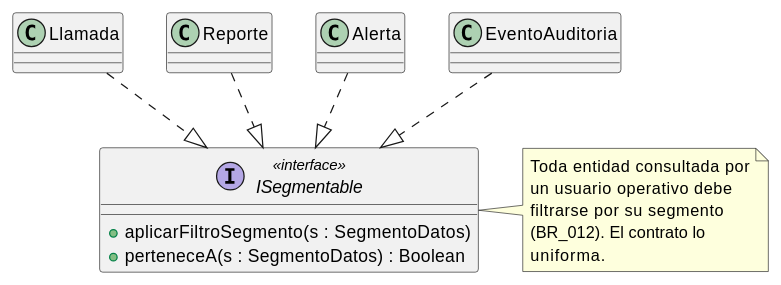
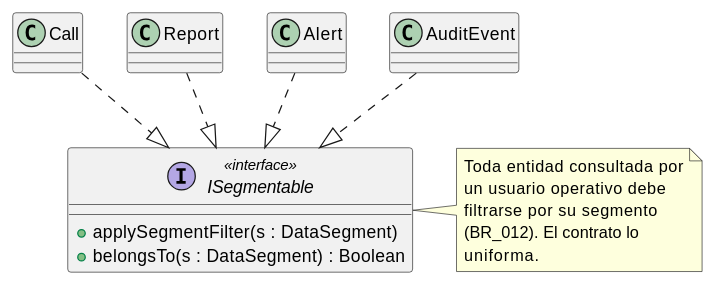
The diagram in source/requisitos/_metodologia-aplicacion/agregacion-interfaces/isegmentable-filtrado-por-segmento-br-012.rst (jcg-admin/IACT-docs), drawn with PlantUML before and after one commit. The commit also changed 9 other files, not shown here.

```diff
--- a/source/requisitos/_metodologia-aplicacion/agregacion-interfaces/isegmentable-filtrado-por-segmento-br-012.rst
+++ b/source/requisitos/_metodologia-aplicacion/agregacion-interfaces/isegmentable-filtrado-por-segmento-br-012.rst
@@ -4,28 +4,28 @@
 .. uml::
 
    @startuml
    allowmixing
 
    interface ISegmentable <<interface>> {
-     + aplicarFiltroSegmento(s : SegmentoDatos)
-     + perteneceA(s : SegmentoDatos) : Boolean
+     + applySegmentFilter(s : DataSegment)
+     + belongsTo(s : DataSegment) : Boolean
    }
 
-   class Llamada
-   class Reporte
-   class Alerta
-   class EventoAuditoria
+   class Call
+   class Report
+   class Alert
+   class AuditEvent
 
-   Llamada ..|> ISegmentable
-   Reporte ..|> ISegmentable
-   Alerta ..|> ISegmentable
-   EventoAuditoria ..|> ISegmentable
+   Call ..|> ISegmentable
+   Report ..|> ISegmentable
+   Alert ..|> ISegmentable
+   AuditEvent ..|> ISegmentable
 
    note right of ISegmentable
      Toda entidad consultada por
      un usuario operativo debe
      filtrarse por su segmento
      (BR_012). El contrato lo
      uniforma.
    end note
    @enduml
```
